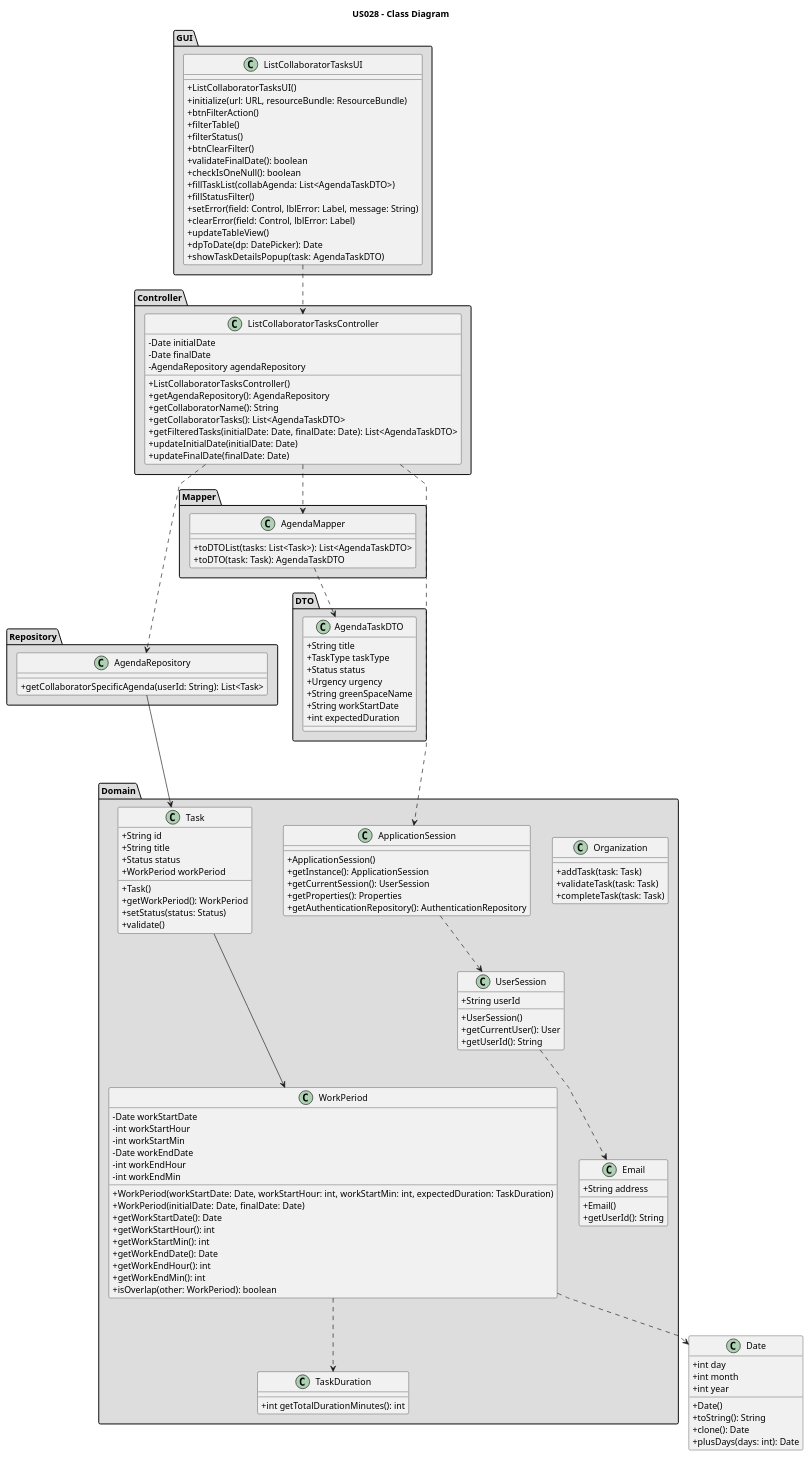
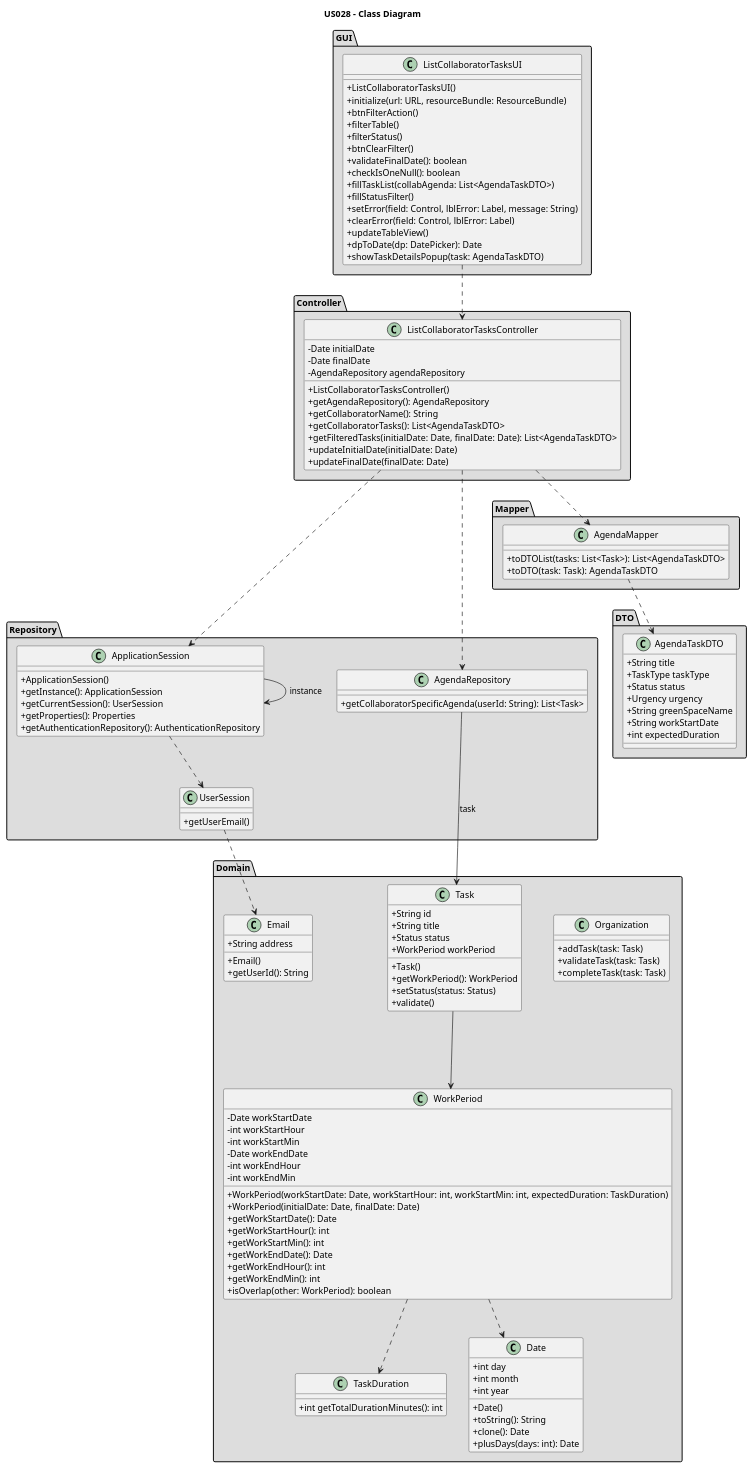
One commit to Rui-San/LAPR2_2023_2024 changed the diagram in docs/sprintC/us028/03.design/puml/us028-class-diagram.puml. Above: the diagram before and after it, drawn with PlantUML.

Commit message:
US28 - Class diagram

```diff
--- a/docs/sprintC/us028/03.design/puml/us028-class-diagram.puml
+++ b/docs/sprintC/us028/03.design/puml/us028-class-diagram.puml
@@ -1,157 +1,159 @@
 @startuml
 'skinparam monochrome true
 skinparam packageStyle rectangle
 skinparam shadowing false
 skinparam linetype polyline
 
 skinparam classAttributeIconSize 0
 
 title US028 - Class Diagram
 
 package GUI <<Folder>> #DDDDDD {
     class ListCollaboratorTasksUI {
         + ListCollaboratorTasksUI()
         + initialize(url: URL, resourceBundle: ResourceBundle)
         + btnFilterAction()
         + filterTable()
         + filterStatus()
         + btnClearFilter()
         + validateFinalDate(): boolean
         + checkIsOneNull(): boolean
         + fillTaskList(collabAgenda: List<AgendaTaskDTO>)
         + fillStatusFilter()
         + setError(field: Control, lblError: Label, message: String)
         + clearError(field: Control, lblError: Label)
         + updateTableView()
         + dpToDate(dp: DatePicker): Date
         + showTaskDetailsPopup(task: AgendaTaskDTO)
     }
 }
 
 package Controller <<Folder>> #DDDDDD {
     class ListCollaboratorTasksController {
         - Date initialDate
         - Date finalDate
         - AgendaRepository agendaRepository
         + ListCollaboratorTasksController()
         + getAgendaRepository(): AgendaRepository
         + getCollaboratorName(): String
         + getCollaboratorTasks(): List<AgendaTaskDTO>
         + getFilteredTasks(initialDate: Date, finalDate: Date): List<AgendaTaskDTO>
         + updateInitialDate(initialDate: Date)
         + updateFinalDate(finalDate: Date)
     }
 }
 
 package Repository <<Folder>> #DDDDDD {
     class AgendaRepository {
         + getCollaboratorSpecificAgenda(userId: String): List<Task>
     }
+
+    class ApplicationSession {
+            + ApplicationSession()
+            + getInstance(): ApplicationSession
+            + getCurrentSession(): UserSession
+            + getProperties(): Properties
+            + getAuthenticationRepository(): AuthenticationRepository
+        }
+
+    class UserSession {
+            + getUserEmail()
+        }
 }
 
 package Mapper <<Folder>> #DDDDDD {
     class AgendaMapper {
         + toDTOList(tasks: List<Task>): List<AgendaTaskDTO>
         + toDTO(task: Task): AgendaTaskDTO
     }
 }
 
 package DTO <<Folder>> #DDDDDD {
     class AgendaTaskDTO {
         + String title
         + TaskType taskType
         + Status status
         + Urgency urgency
         + String greenSpaceName
         + String workStartDate
         + int expectedDuration
     }
 }
 
 package Domain <<Folder>> #DDDDDD {
     class Organization {
         + addTask(task: Task)
         + validateTask(task: Task)
         + completeTask(task: Task)
     }
 
     class Task {
         + String id
         + String title
         + Status status
         + WorkPeriod workPeriod
         + Task()
         + getWorkPeriod(): WorkPeriod
         + setStatus(status: Status)
         + validate()
     }
 
     class WorkPeriod {
         - Date workStartDate
         - int workStartHour
         - int workStartMin
         - Date workEndDate
         - int workEndHour
         - int workEndMin
         + WorkPeriod(workStartDate: Date, workStartHour: int, workStartMin: int, expectedDuration: TaskDuration)
         + WorkPeriod(initialDate: Date, finalDate: Date)
         + getWorkStartDate(): Date
         + getWorkStartHour(): int
         + getWorkStartMin(): int
         + getWorkEndDate(): Date
         + getWorkEndHour(): int
         + getWorkEndMin(): int
         + isOverlap(other: WorkPeriod): boolean
     }
 
     class TaskDuration {
         + int getTotalDurationMinutes(): int
     }
 
     class Email {
         + String address
         + Email()
         + getUserId(): String
     }
 
-    class UserSession {
-        + String userId
-        + UserSession()
-        + getCurrentUser(): User
-        + getUserId(): String
-    }
 
-    class ApplicationSession {
-        + ApplicationSession()
-        + getInstance(): ApplicationSession
-        + getCurrentSession(): UserSession
-        + getProperties(): Properties
-        + getAuthenticationRepository(): AuthenticationRepository
+    class Date {
+        + int day
+        + int month
+        + int year
+        + Date()
+        + toString(): String
+        + clone(): Date
+        + plusDays(days: int): Date
     }
 }
 
 
 
-class Date {
-    + int day
-    + int month
-    + int year
-    + Date()
-    + toString(): String
-    + clone(): Date
-    + plusDays(days: int): Date
-}
+
 
 ListCollaboratorTasksUI .down.> ListCollaboratorTasksController
 ListCollaboratorTasksController ...> AgendaRepository
 ListCollaboratorTasksController ..> AgendaMapper
+ApplicationSession -> ApplicationSession : instance
+
 ListCollaboratorTasksController ..> ApplicationSession
-AgendaRepository ---> Task
+AgendaRepository ---> Task : task
 AgendaMapper ..> AgendaTaskDTO
 Task ---> WorkPeriod
 WorkPeriod ..> Date
 WorkPeriod ..> TaskDuration
 ApplicationSession ..> UserSession
 UserSession .down.> Email
 
 @enduml
```
